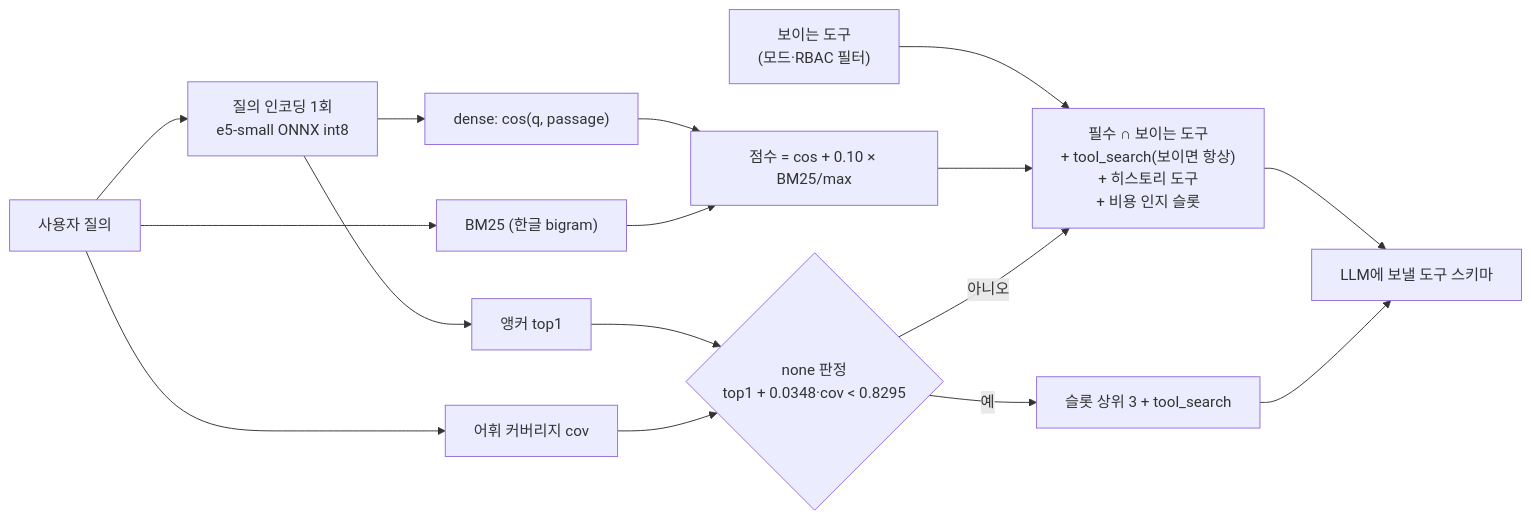
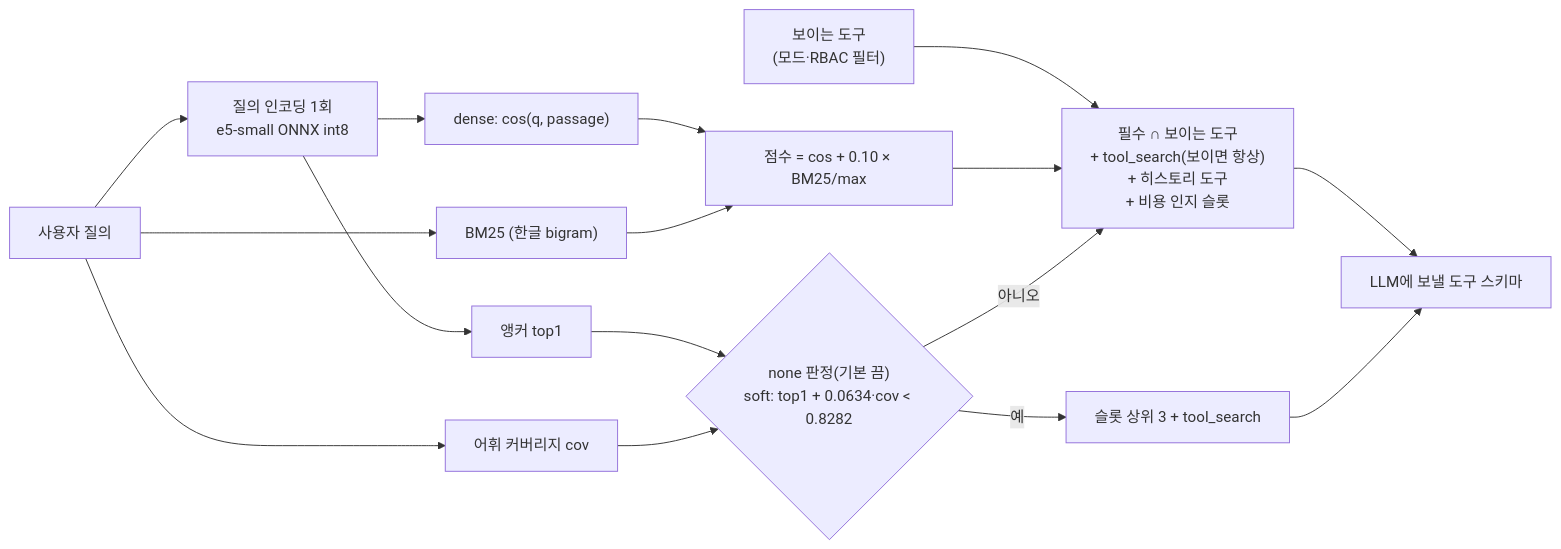
The diagram in docs/architecture/tool-rag.md (karneva/Theseus), drawn with Mermaid before and after one commit. The commit also changed other lines of this file and 3 other files, not shown here.

````diff
--- a/docs/architecture/tool-rag.md
+++ b/docs/architecture/tool-rag.md
@@ -97,18 +102,18 @@
 ```mermaid
 flowchart LR
     Q[사용자 질의] --> E["질의 인코딩 1회<br/>e5-small ONNX int8"]
     E --> D["dense: cos(q, passage)"]
     Q --> L["BM25 (한글 bigram)"]
     D --> S["점수 = cos + 0.10 × BM25/max"]
     L --> S
     E --> A["앵커 top1"]
     Q --> C["어휘 커버리지 cov"]
-    A --> N{"none 판정<br/>top1 + 0.0348·cov < 0.8295"}
+    A --> N{"none 판정(기본 끔)<br/>soft: top1 + 0.0634·cov < 0.8282"}
     C --> N
     V["보이는 도구<br/>(모드·RBAC 필터)"] --> P
     S --> P["필수 ∩ 보이는 도구<br/>+ tool_search(보이면 항상)<br/>+ 히스토리 도구<br/>+ 비용 인지 슬롯"]
     N -- 예 --> F["슬롯 상위 3 + tool_search"]
     N -- 아니오 --> P
     P --> OUT[LLM에 보낼 도구 스키마]
     F --> OUT
 ```
````
